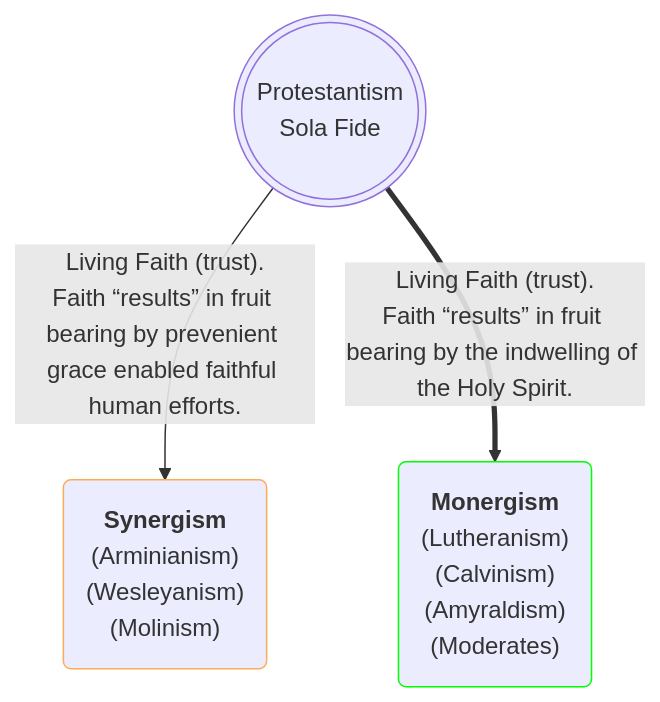
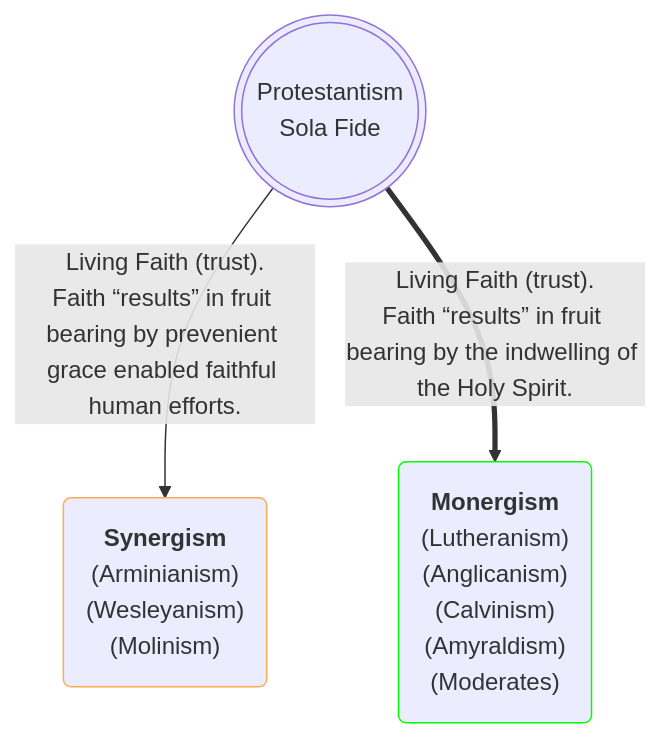
One commit to OrdoLuminis/ordoluminis.github.io changed the second of 2 diagrams in _posts/2025-08-03-historic-protestant-position.markdown. Above: the diagram before and after it, drawn with Mermaid. The commit also changed other lines of this file, not shown here.

Commit message:
Anglicanism

````diff
--- a/_posts/2025-08-03-historic-protestant-position.markdown
+++ b/_posts/2025-08-03-historic-protestant-position.markdown
@@ -109,8 +109,8 @@
 ```mermaid
 flowchart TD
     A(((Protestantism<br>Sola Fide)))
     A -->|Living Faith &lpar;trust&rpar;.<br>Faith &ldquo;results&rdquo; in fruit bearing by prevenient grace enabled faithful human efforts.| F(<strong>Synergism</strong><br>&lpar;Arminianism&rpar;<br>&lpar;Wesleyanism&rpar;<br>&lpar;Molinism&rpar;):::orange
-    A ==>|Living Faith &lpar;trust&rpar;.<br>Faith &ldquo;results&rdquo; in fruit bearing by the indwelling of the Holy Spirit.| E(<strong>Monergism</strong><br>&lpar;Lutheranism&rpar;<br>&lpar;Calvinism&rpar;<br>&lpar;Amyraldism&rpar;<br>&lpar;Moderates&rpar;):::green
+    A ==>|Living Faith &lpar;trust&rpar;.<br>Faith &ldquo;results&rdquo; in fruit bearing by the indwelling of the Holy Spirit.| E(<strong>Monergism</strong><br>&lpar;Lutheranism&rpar;<br>&lpar;Anglicanism&rpar;<br>&lpar;Calvinism&rpar;<br>&lpar;Amyraldism&rpar;<br>&lpar;Moderates&rpar;):::green
     classDef green stroke:#0f0
     classDef orange stroke:#fa5
 ```
````
